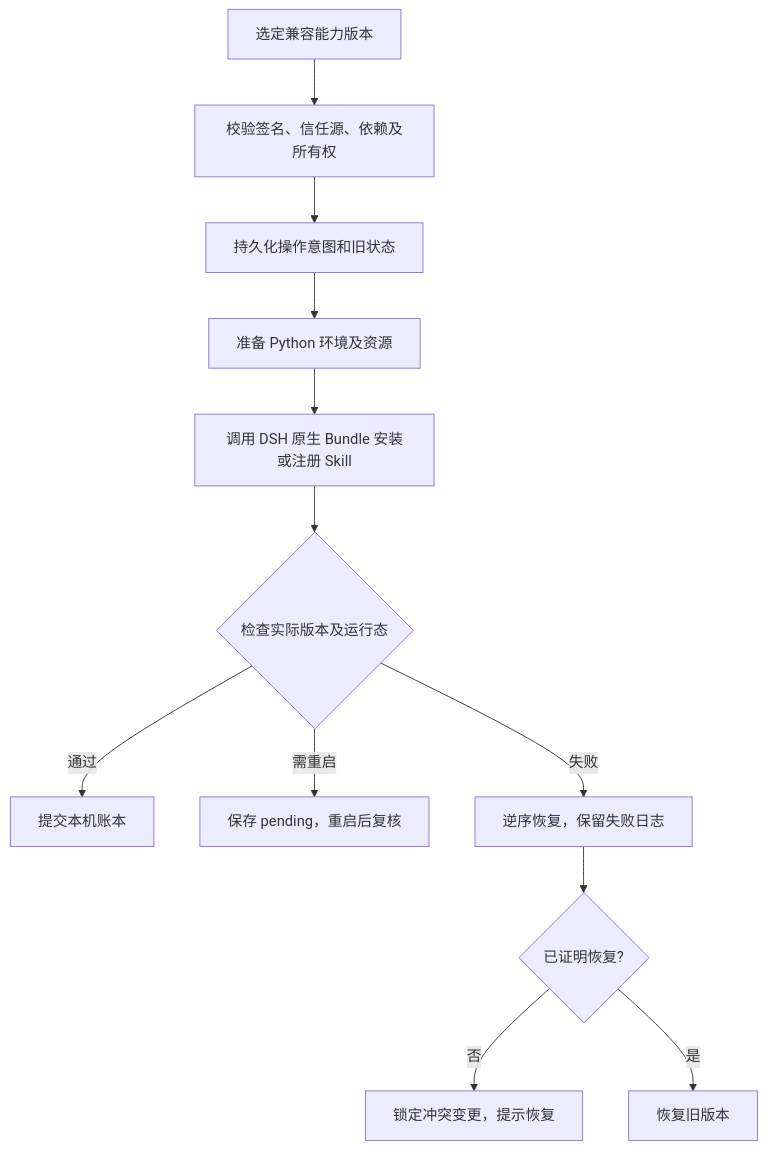
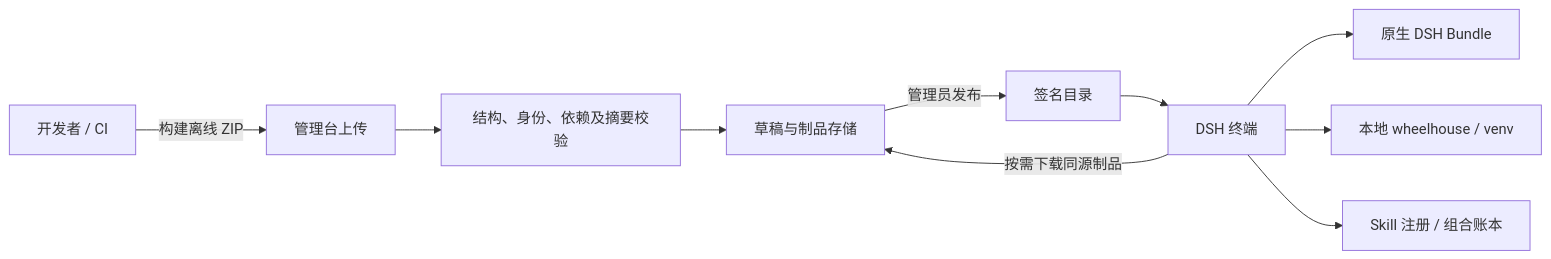
Before and after one commit to NoName4Me/dsh-capability-center: the diagram in docs/architecture/target-design.md, drawn with Mermaid. The commit also changed other lines of this file and 16 other files, not shown here.

````diff
--- a/docs/architecture/target-design.md
+++ b/docs/architecture/target-design.md
@@ -105,14 +7,12 @@
 ```mermaid
-flowchart TD
-  A[选定兼容能力版本] --> B[校验签名、信任源、依赖及所有权]
-  B --> C[持久化操作意图和旧状态]
-  C --> D[准备 Python 环境及资源]
-  D --> E[调用 DSH 原生 Bundle 安装或注册 Skill]
-  E --> F{检查实际版本及运行态}
-  F -->|通过| G[提交本机账本]
-  F -->|需重启| H[保存 pending，重启后复核]
-  F -->|失败| I[逆序恢复，保留失败日志]
-  I --> J{已证明恢复?}
-  J -->|否| K[锁定冲突变更，提示恢复]
-  J -->|是| L[恢复旧版本]
+flowchart LR
+  D[开发者 / CI] -->|构建离线 ZIP| U[管理台上传]
+  U --> V[结构、身份、依赖及摘要校验]
+  V --> S[草稿与制品存储]
+  S -->|管理员发布| C[签名目录]
+  C --> T[DSH 终端]
+  T -->|按需下载同源制品| S
+  T --> N[原生 DSH Bundle]
+  T --> P[本地 wheelhouse / venv]
+  T --> K[Skill 注册 / 组合账本]
 ```
````
